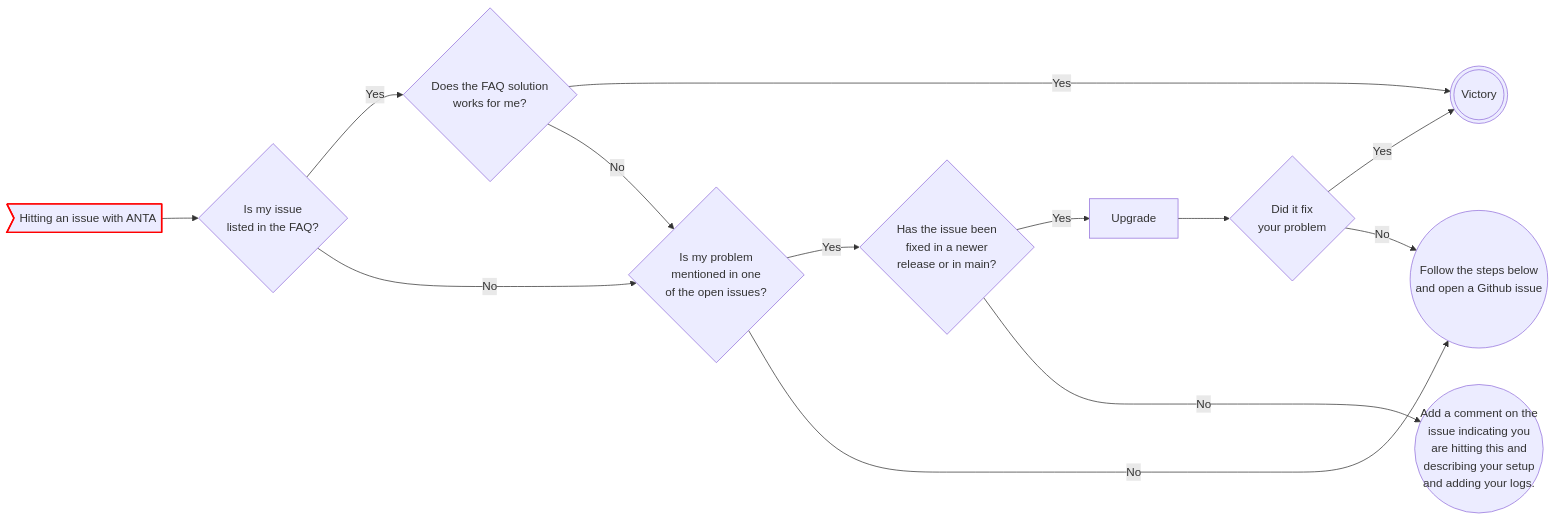
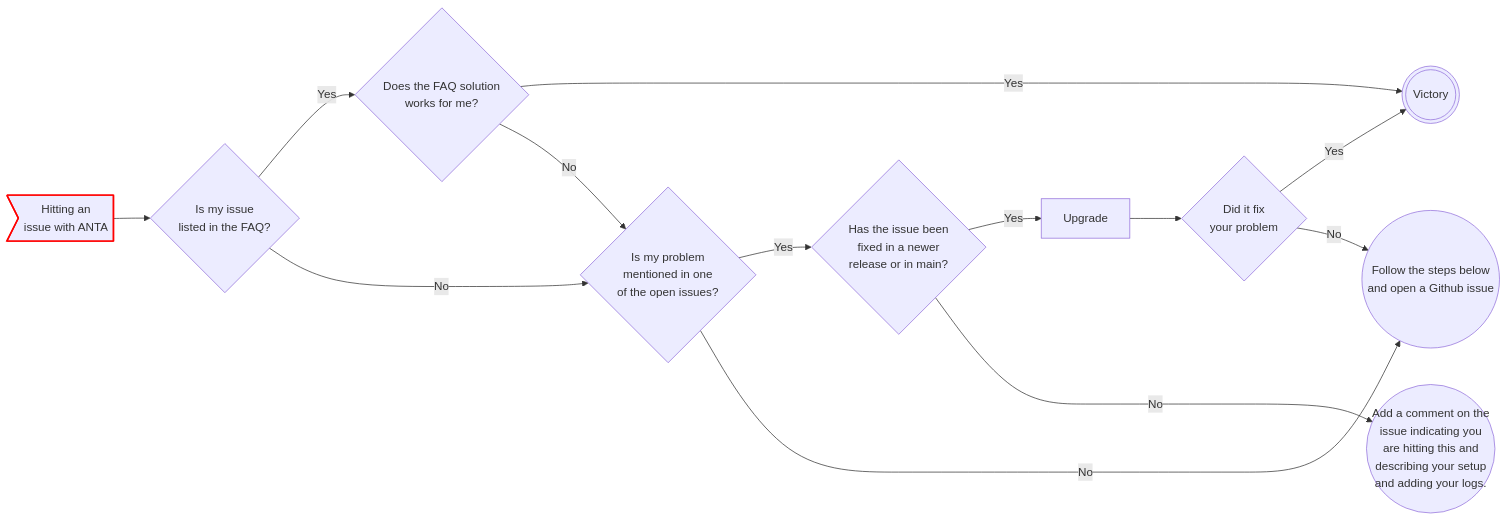
The diagram in docs/troubleshooting.md (aristanetworks/anta), drawn with Mermaid before and after one commit. The commit also changed other lines of this file and 85 other files, not shown here.

````diff
--- a/docs/troubleshooting.md
+++ b/docs/troubleshooting.md
@@ -9,20 +17,20 @@
 ```mermaid
 flowchart LR
-    A>Hitting an issue with ANTA] --> B{Is my issue <br >listed in the FAQ?}
+    A>Hitting an<br />issue with ANTA] --> B{Is my issue <br >listed in the FAQ?}
     B -- Yes --> C{Does the FAQ solution<br />works for me?}
     C -- Yes --> V(((Victory)))
     B -->|No| E{Is my problem<br />mentioned in one<br />of the open issues?}
     C -->|No| E
     E -- Yes --> F{Has the issue been<br />fixed in a newer<br />release or in main?}
     F -- Yes --> U[Upgrade]
     E -- No ---> H((Follow the steps below<br />and open a Github issue))
     U --> I{Did it fix<br /> your problem}
     I -- Yes --> V
     I -- No --> H
     F -- No ----> G((Add a comment on the <br />issue indicating you<br >are hitting this and<br />describing your setup<br /> and adding your logs.))
 
     click B "../faq" "FAQ"
     click E "https://github.com/aristanetworks/anta/issues"
     click H "https://github.com/aristanetworks/anta/issues"
  style A stroke:#f00,stroke-width:2px
 ```
````
